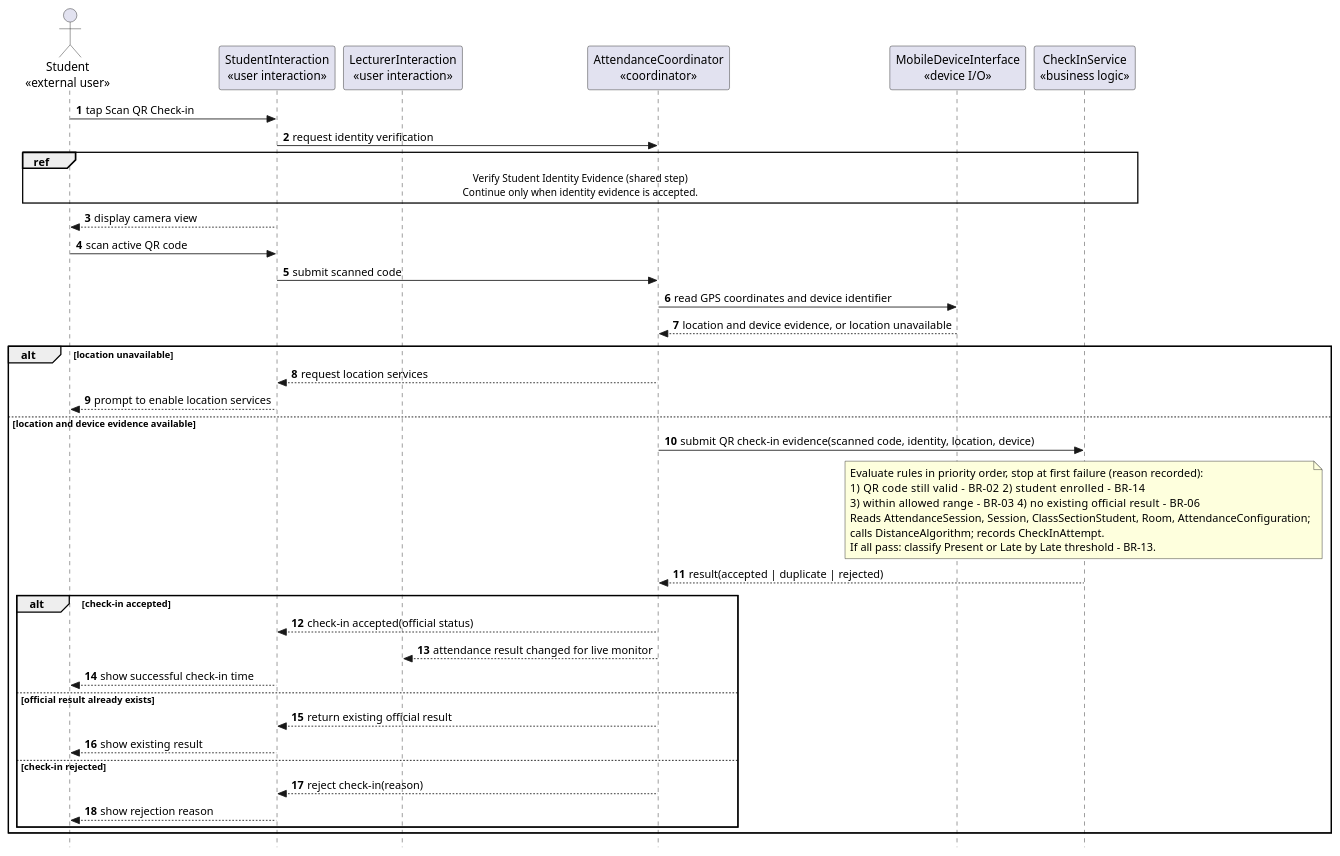
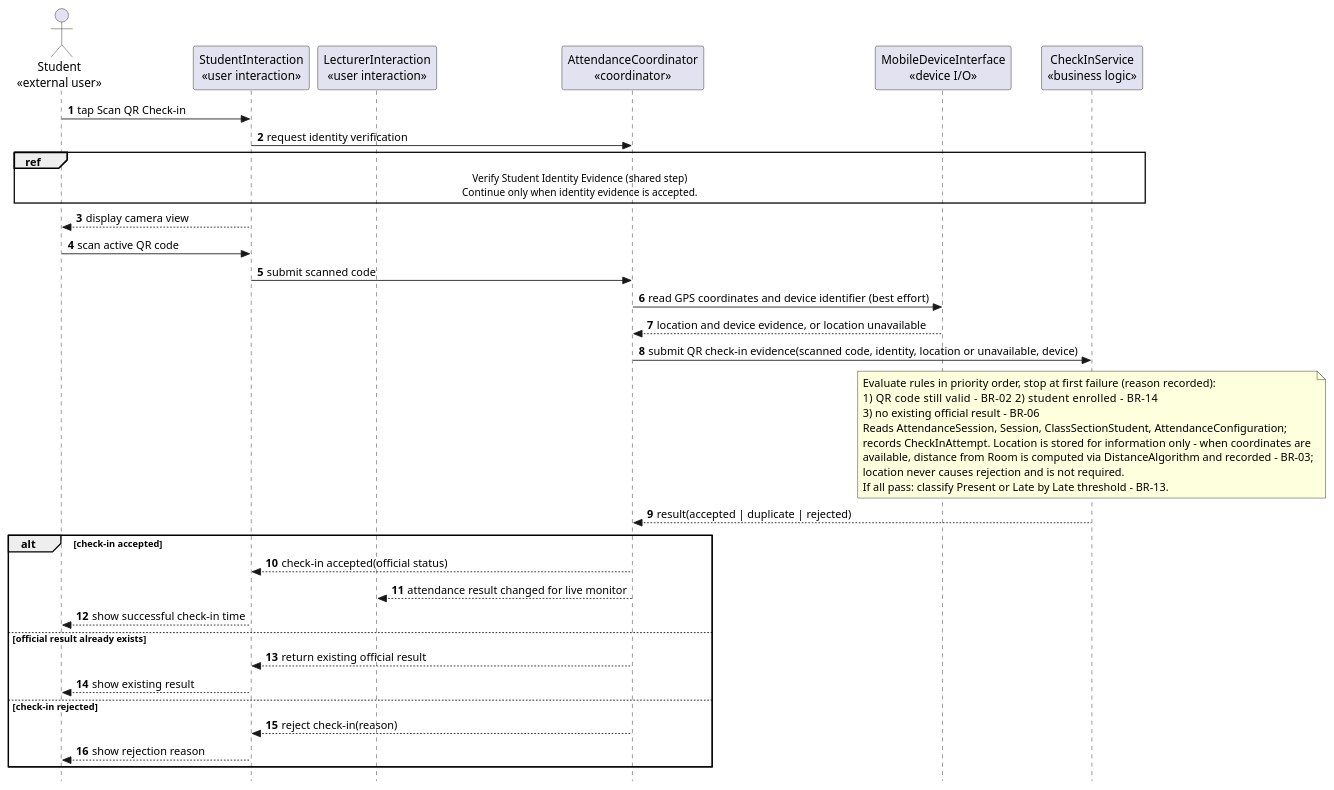
One commit to nttung42/SWD392 changed the second of 4 diagrams in docs/rds/2_Sequence_Diagram.md. Above: the diagram before and after it, drawn with PlantUML. The commit also changed other lines of this file and 1 other file, not shown here.

````diff
--- a/docs/rds/2_Sequence_Diagram.md
+++ b/docs/rds/2_Sequence_Diagram.md
@@ -63,55 +63,51 @@
 ```plantuml
 @startuml
 skinparam style strictuml
 autonumber
 actor "Student\n«external user»" as Student
 participant "StudentInteraction\n«user interaction»" as StudentUI
 participant "LecturerInteraction\n«user interaction»" as LecturerUI
 participant "AttendanceCoordinator\n«coordinator»" as CheckInControl
 participant "MobileDeviceInterface\n«device I/O»" as MobileSensor
 participant "CheckInService\n«business logic»" as AttendanceRules
 
 Student -> StudentUI : tap Scan QR Check-in
 StudentUI -> CheckInControl : request identity verification
 ref over Student, StudentUI, CheckInControl, MobileSensor, AttendanceRules
   Verify Student Identity Evidence (shared step)
   Continue only when identity evidence is accepted.
 end ref
 
 StudentUI --> Student : display camera view
 Student -> StudentUI : scan active QR code
 StudentUI -> CheckInControl : submit scanned code
-CheckInControl -> MobileSensor : read GPS coordinates and device identifier
+CheckInControl -> MobileSensor : read GPS coordinates and device identifier (best effort)
 MobileSensor --> CheckInControl : location and device evidence, or location unavailable
+CheckInControl -> AttendanceRules : submit QR check-in evidence(scanned code, identity, location or unavailable, device)
 
-alt location unavailable
-  CheckInControl --> StudentUI : request location services
-  StudentUI --> Student : prompt to enable location services
-else location and device evidence available
-  CheckInControl -> AttendanceRules : submit QR check-in evidence(scanned code, identity, location, device)
+note over AttendanceRules
+  Evaluate rules in priority order, stop at first failure (reason recorded):
+  1) QR code still valid - BR-02      2) student enrolled - BR-14
+  3) no existing official result - BR-06
+  Reads AttendanceSession, Session, ClassSectionStudent, AttendanceConfiguration;
+  records CheckInAttempt. Location is stored for information only - when coordinates are
+  available, distance from Room is computed via DistanceAlgorithm and recorded - BR-03;
+  location never causes rejection and is not required.
+  If all pass: classify Present or Late by Late threshold - BR-13.
+end note
 
-  note over AttendanceRules
-    Evaluate rules in priority order, stop at first failure (reason recorded):
-    1) QR code still valid - BR-02      2) student enrolled - BR-14
-    3) within allowed range - BR-03     4) no existing official result - BR-06
-    Reads AttendanceSession, Session, ClassSectionStudent, Room, AttendanceConfiguration;
-    calls DistanceAlgorithm; records CheckInAttempt.
-    If all pass: classify Present or Late by Late threshold - BR-13.
-  end note
+AttendanceRules --> CheckInControl : result(accepted | duplicate | rejected)
 
-  AttendanceRules --> CheckInControl : result(accepted | duplicate | rejected)
-
-  alt check-in accepted
-    CheckInControl --> StudentUI : check-in accepted(official status)
-    CheckInControl --> LecturerUI : attendance result changed for live monitor
-    StudentUI --> Student : show successful check-in time
-  else official result already exists
-    CheckInControl --> StudentUI : return existing official result
-    StudentUI --> Student : show existing result
-  else check-in rejected
-    CheckInControl --> StudentUI : reject check-in(reason)
-    StudentUI --> Student : show rejection reason
-  end
+alt check-in accepted
+  CheckInControl --> StudentUI : check-in accepted(official status)
+  CheckInControl --> LecturerUI : attendance result changed for live monitor
+  StudentUI --> Student : show successful check-in time
+else official result already exists
+  CheckInControl --> StudentUI : return existing official result
+  StudentUI --> Student : show existing result
+else check-in rejected
+  CheckInControl --> StudentUI : reject check-in(reason)
+  StudentUI --> Student : show rejection reason
 end
 @enduml
 ```
````
